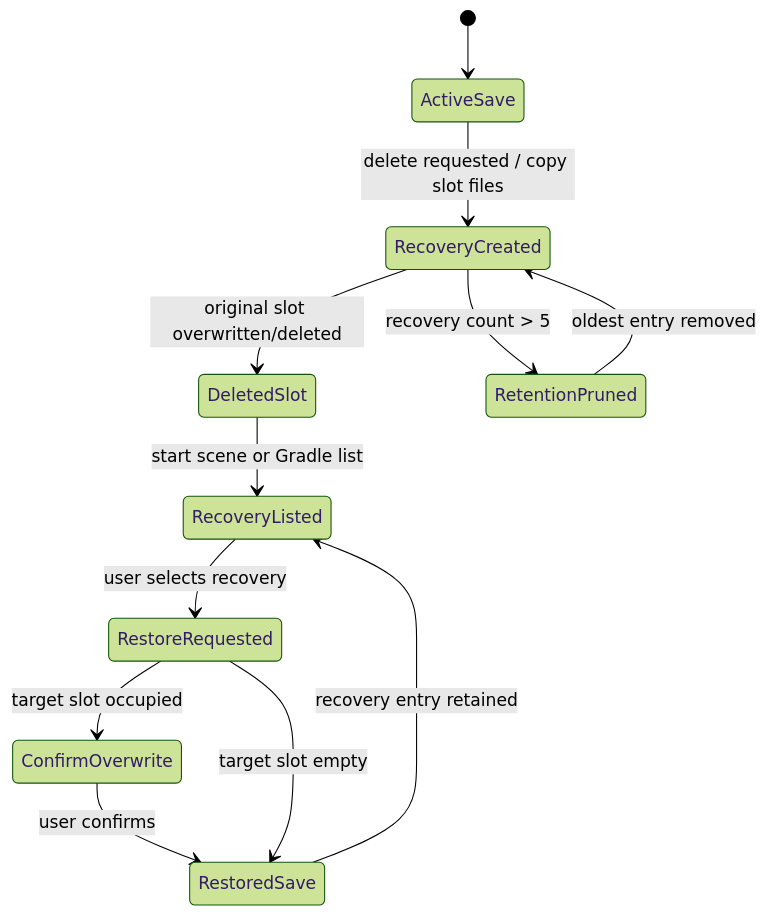
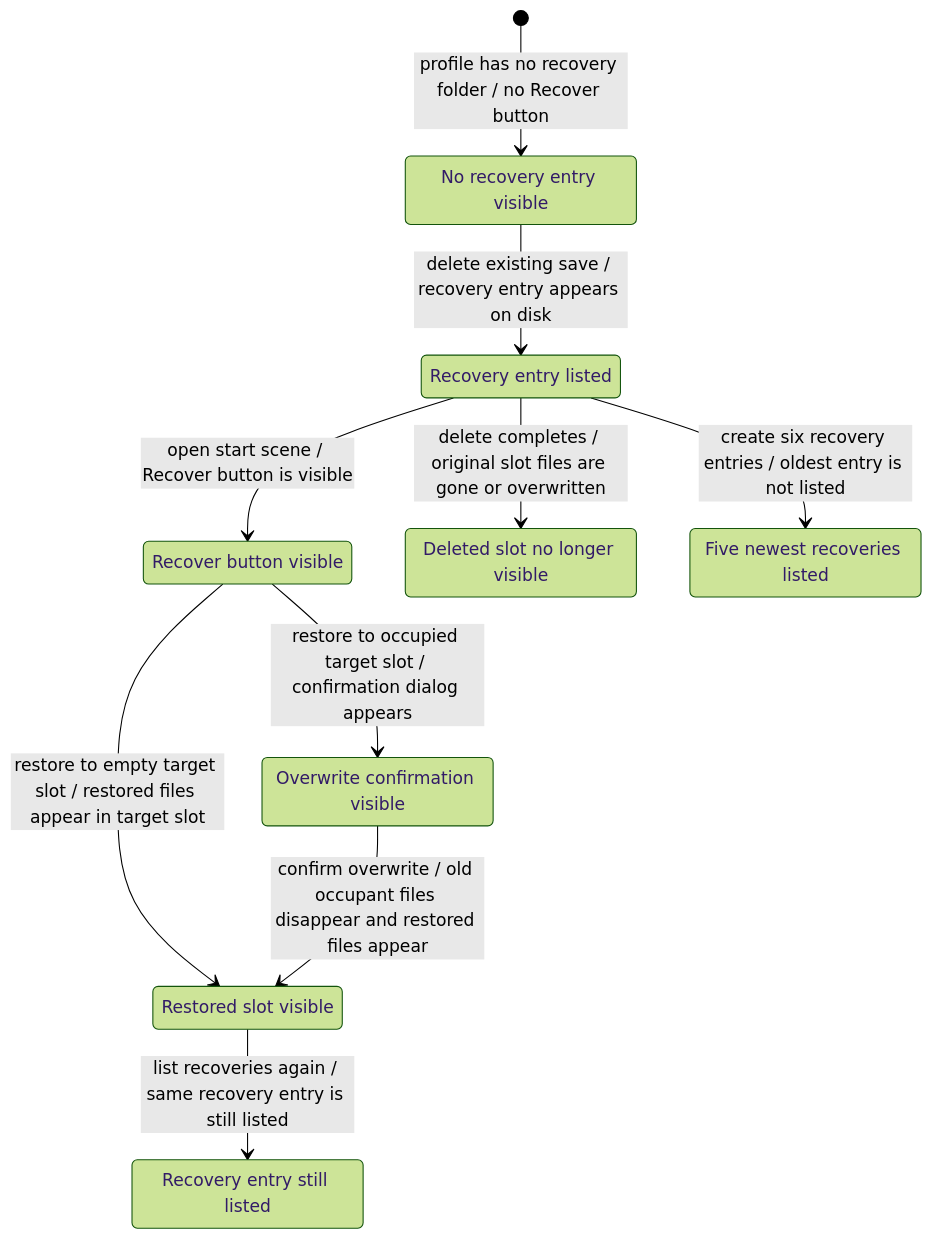
The ninth of 9 diagrams in FEATURE_COMPLEXITY_AND_TEST_REPORT.md (S-A-M-22/ELEC5618_LAB06_GROUP04_A3), drawn with Mermaid (forest theme) before and after one commit. The commit also changed other lines of this file, not shown here.

````diff
--- a/FEATURE_COMPLEXITY_AND_TEST_REPORT.md
+++ b/FEATURE_COMPLEXITY_AND_TEST_REPORT.md
@@ -447,14 +469,21 @@
 ```mermaid
 stateDiagram-v2
-    [*] --> ActiveSave
-    ActiveSave --> RecoveryCreated: delete requested / copy slot files
-    RecoveryCreated --> DeletedSlot: original slot overwritten/deleted
-    RecoveryCreated --> RetentionPruned: recovery count > 5
-    RetentionPruned --> RecoveryCreated: oldest entry removed
-    DeletedSlot --> RecoveryListed: start scene or Gradle list
-    RecoveryListed --> RestoreRequested: user selects recovery
-    RestoreRequested --> ConfirmOverwrite: target slot occupied
-    ConfirmOverwrite --> RestoredSave: user confirms
-    RestoreRequested --> RestoredSave: target slot empty
-    RestoredSave --> RecoveryListed: recovery entry retained
+    state "No recovery entry visible" as NoRecovery
+    state "Recover button visible" as RecoverButton
+    state "Recovery entry listed" as RecoveryListed
+    state "Deleted slot no longer visible" as DeletedSlot
+    state "Five newest recoveries listed" as FiveListed
+    state "Overwrite confirmation visible" as ConfirmOverwrite
+    state "Restored slot visible" as RestoredSlot
+    state "Recovery entry still listed" as EntryRetained
+
+    [*] --> NoRecovery: profile has no recovery folder / no Recover button
+    NoRecovery --> RecoveryListed: delete existing save / recovery entry appears on disk
+    RecoveryListed --> DeletedSlot: delete completes / original slot files are gone or overwritten
+    RecoveryListed --> RecoverButton: open start scene / Recover button is visible
+    RecoveryListed --> FiveListed: create six recovery entries / oldest entry is not listed
+    RecoverButton --> RestoredSlot: restore to empty target slot / restored files appear in target slot
+    RecoverButton --> ConfirmOverwrite: restore to occupied target slot / confirmation dialog appears
+    ConfirmOverwrite --> RestoredSlot: confirm overwrite / old occupant files disappear and restored files appear
+    RestoredSlot --> EntryRetained: list recoveries again / same recovery entry is still listed
 ```
````
